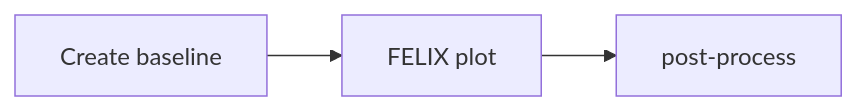
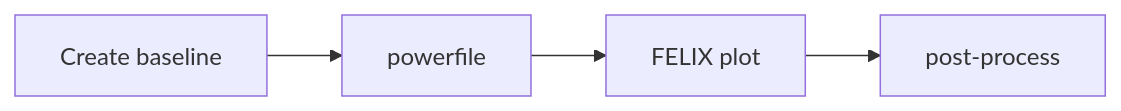
Before and after one commit to aravindhnivas/felion_docs: the third of 4 diagrams in docs/normline.md, drawn with Mermaid. The commit also changed other lines of this file and 4 other files, not shown here.

````diff
--- a/docs/normline.md
+++ b/docs/normline.md
@@ -88,4 +104,4 @@
 ```mermaid
 graph LR
-  baseline[Create baseline] --> felix[FELIX plot] --> post-process
+  baseline[Create baseline] --> powerfile --> felix[FELIX plot] --> post-process
 ```
````
